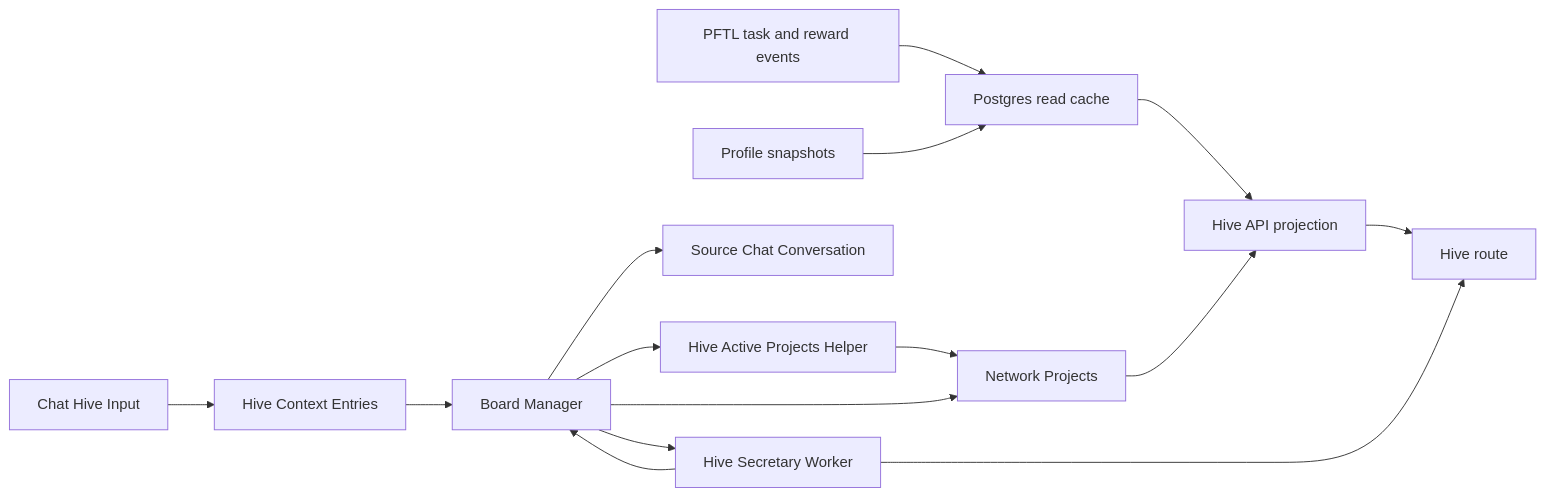
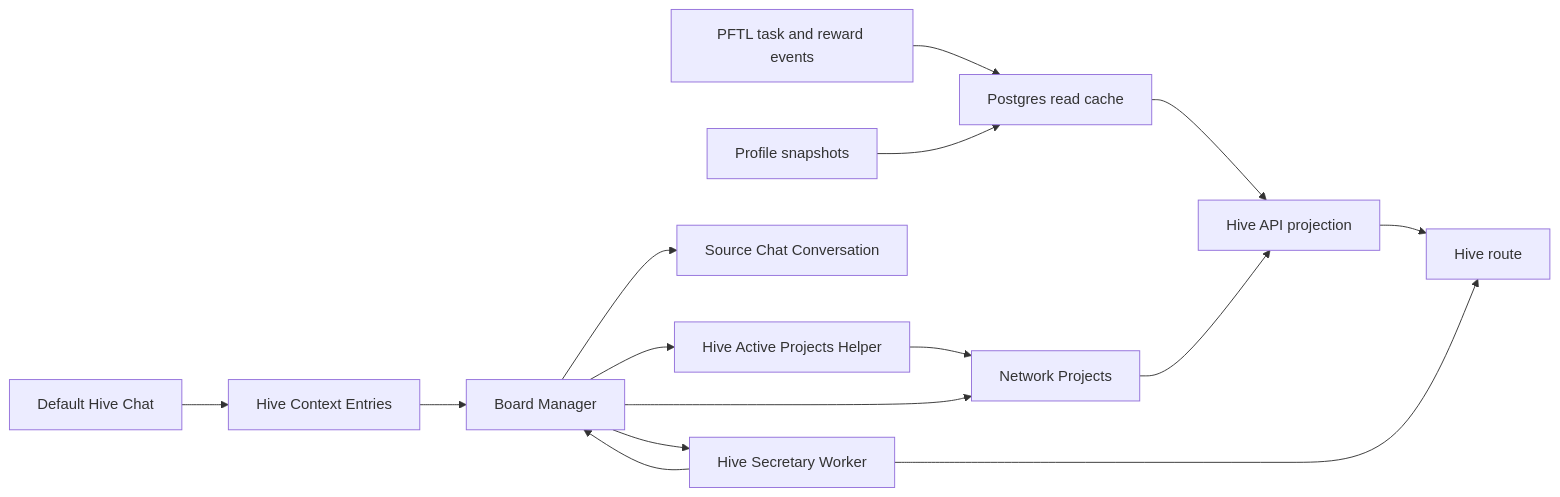
The diagram in docs/wiki/surfaces/hive.md (postfiatorg/tasknode), drawn with Mermaid before and after one commit. The commit also changed other lines of this file and 64 other files, not shown here.

````diff
--- a/docs/wiki/surfaces/hive.md
+++ b/docs/wiki/surfaces/hive.md
@@ -250,17 +263,17 @@
 ```mermaid
 flowchart LR
   PFTL[PFTL task and reward events] --> Cache[Postgres read cache]
   Profiles[Profile snapshots] --> Cache
   Cache --> HiveAPI[Hive API projection]
   HiveAPI --> HiveUI[Hive route]
-  HiveInput[Chat Hive Input] --> HiveContext[Hive Context Entries]
+  HiveInput[Default Hive Chat] --> HiveContext[Hive Context Entries]
   HiveContext --> Manager[Board Manager]
   Manager --> Chat[Source Chat Conversation]
   Secretary[Hive Secretary Worker] --> Manager
   Manager --> Secretary
   Manager --> ProjectPlanner[Hive Active Projects Helper]
   ProjectPlanner --> Projects[Network Projects]
   Manager --> Projects
   Projects --> HiveAPI
   Secretary --> HiveUI
 ```
````
